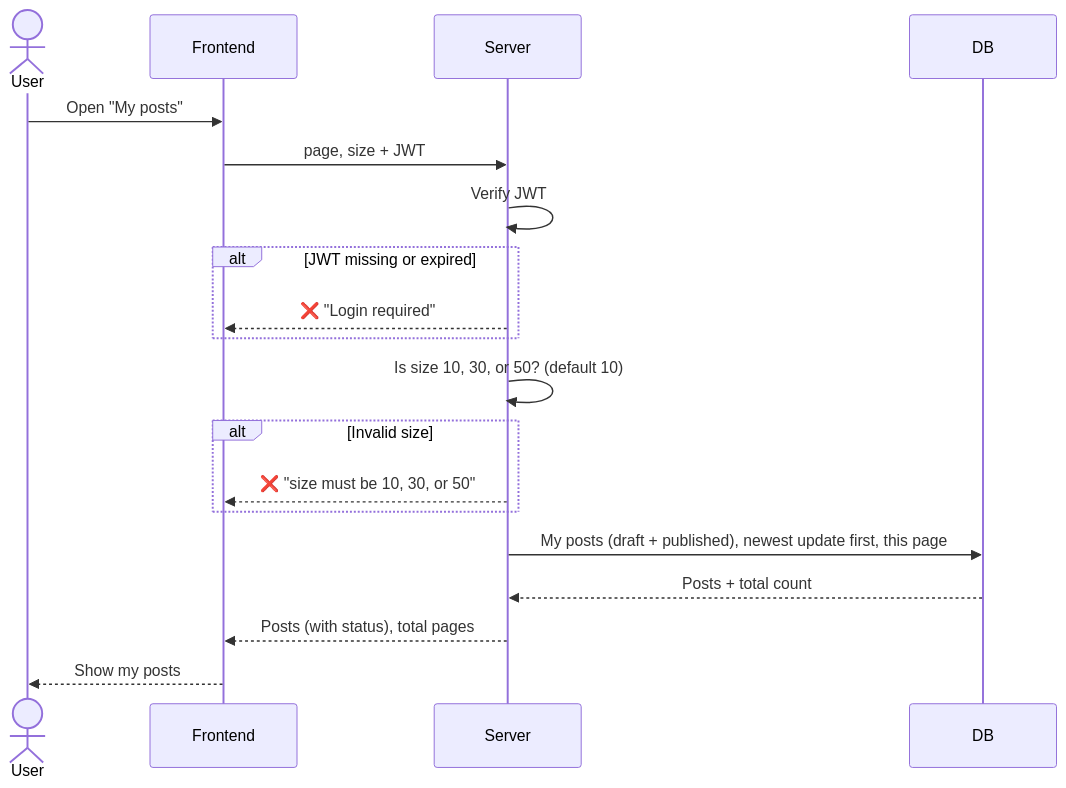
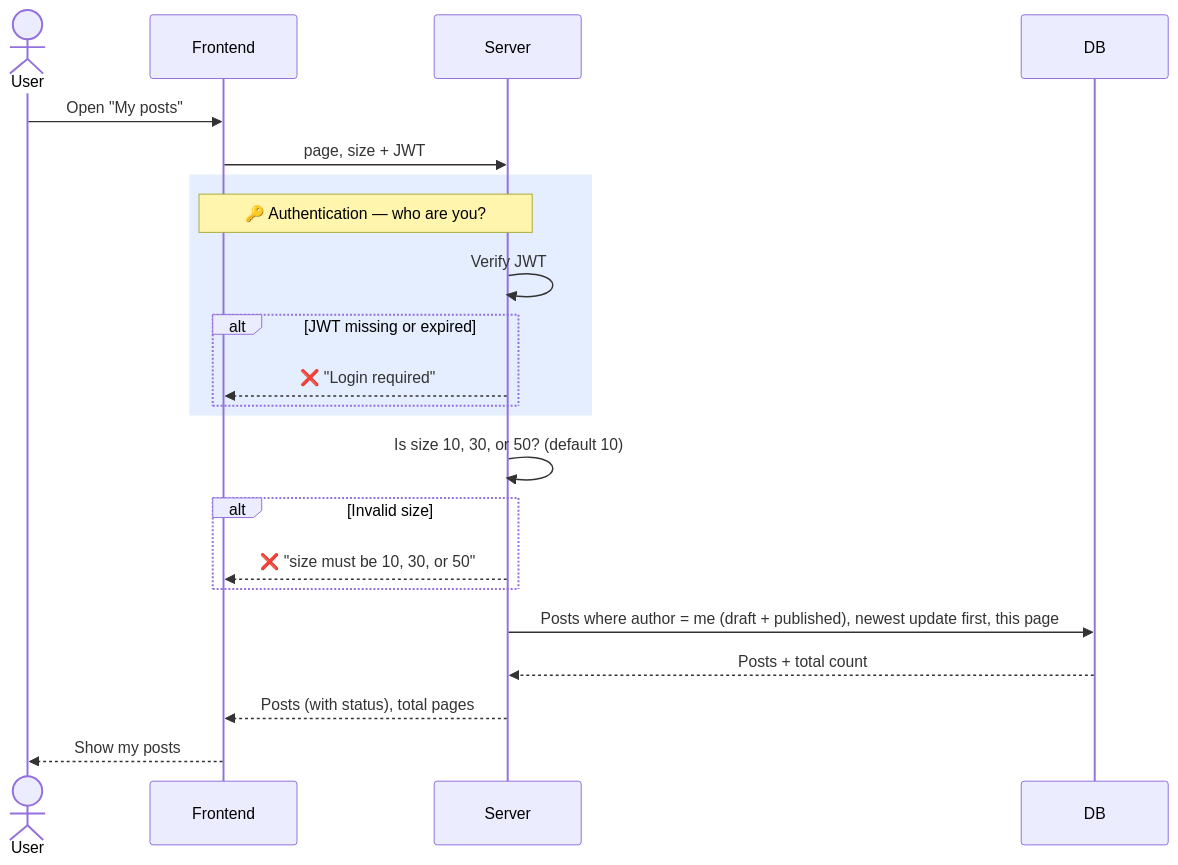
Before and after one commit to yhan0704/blogBackend: the eighth of 8 diagrams in docs/sequence-diagrams/post.md, drawn with Mermaid. The commit also changed other lines of this file and 1 other file, not shown here.

Commit message:
docs: mark authentication and authorization in post diagrams

````diff
--- a/docs/sequence-diagrams/post.md
+++ b/docs/sequence-diagrams/post.md
@@ -242,22 +286,25 @@
 ```mermaid
 sequenceDiagram
     actor User
     participant Frontend
     participant Server
     participant DB
 
     User->>Frontend: Open "My posts"
     Frontend->>Server: page, size + JWT
-    Server->>Server: Verify JWT
-    alt JWT missing or expired
-        Server-->>Frontend: ❌ "Login required"
+    rect rgba(80, 140, 255, 0.15)
+        Note over Frontend,Server: 🔑 Authentication — who are you?
+        Server->>Server: Verify JWT
+        alt JWT missing or expired
+            Server-->>Frontend: ❌ "Login required"
+        end
     end
     Server->>Server: Is size 10, 30, or 50? (default 10)
     alt Invalid size
         Server-->>Frontend: ❌ "size must be 10, 30, or 50"
     end
-    Server->>DB: My posts (draft + published), newest update first, this page
+    Server->>DB: Posts where author = me (draft + published), newest update first, this page
     DB-->>Server: Posts + total count
     Server-->>Frontend: Posts (with status), total pages
     Frontend-->>User: Show my posts
 ```
````
